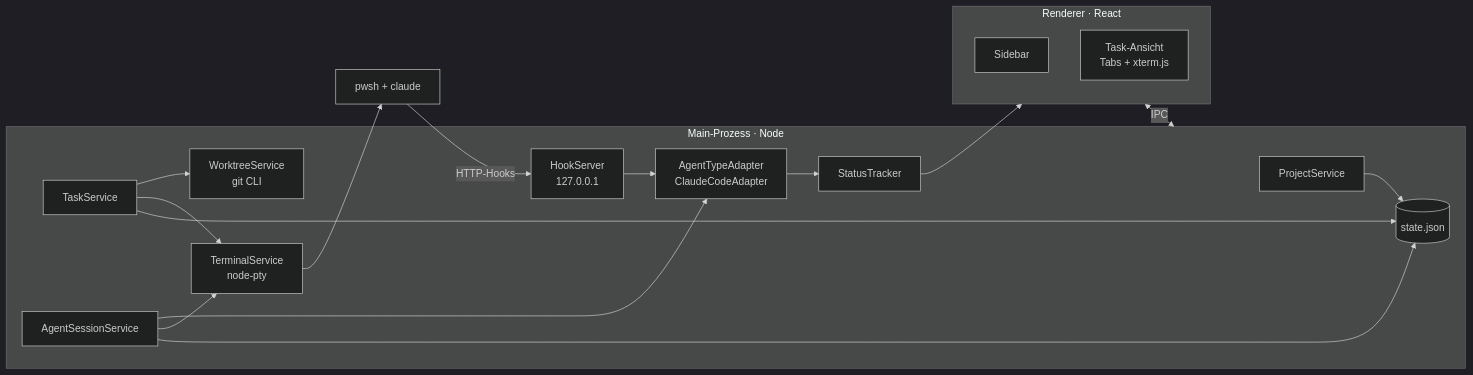
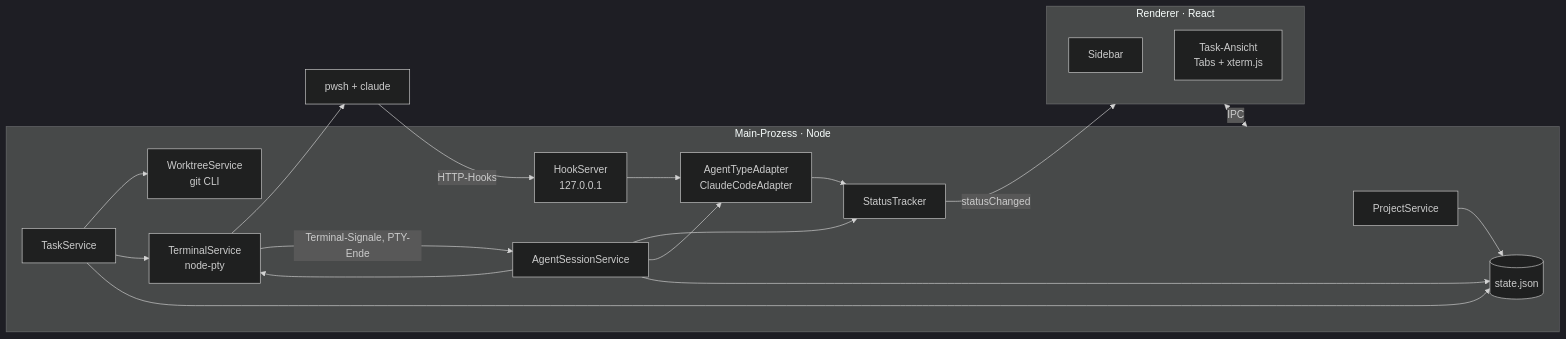
The third of 3 diagrams in docs/konzept.md (viper1979/argus), drawn with Mermaid (dark theme) before and after one commit. The commit also changed other lines of this file and 53 other files, not shown here.

````diff
--- a/docs/konzept.md
+++ b/docs/konzept.md
@@ -119,30 +126,32 @@
 ```mermaid
 flowchart LR
     subgraph Renderer [Renderer · React]
         Sidebar
         TaskView[Task-Ansicht<br/>Tabs + xterm.js]
     end
     subgraph Main [Main-Prozess · Node]
         ProjectService
         TaskService
         WorktreeService[WorktreeService<br/>git CLI]
         TerminalService[TerminalService<br/>node-pty]
         AgentSessionService
         HookServer[HookServer<br/>127.0.0.1]
         StatusTracker
         Store[(state.json)]
         AgentAdapter[AgentTypeAdapter<br/>ClaudeCodeAdapter]
     end
     Renderer <-- IPC --> Main
     TerminalService --> PS[pwsh + claude]
     PS -- HTTP-Hooks --> HookServer
     HookServer --> AgentAdapter --> StatusTracker
-    StatusTracker --> Renderer
+    TerminalService -- Terminal-Signale, PTY-Ende --> AgentSessionService
+    AgentSessionService --> StatusTracker
+    StatusTracker -- statusChanged --> Renderer
     TaskService --> WorktreeService
     TaskService --> TerminalService
     AgentSessionService --> AgentAdapter
     AgentSessionService --> TerminalService
     AgentSessionService --> Store
     ProjectService --> Store
     TaskService --> Store
 ```
````
